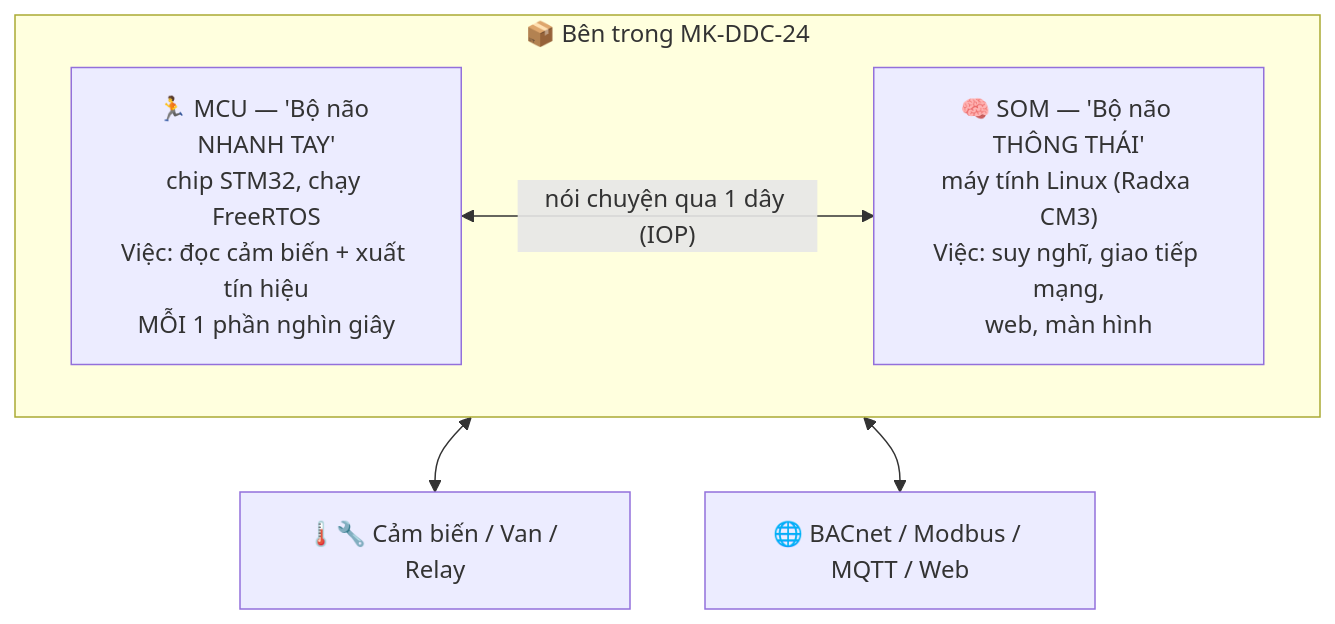
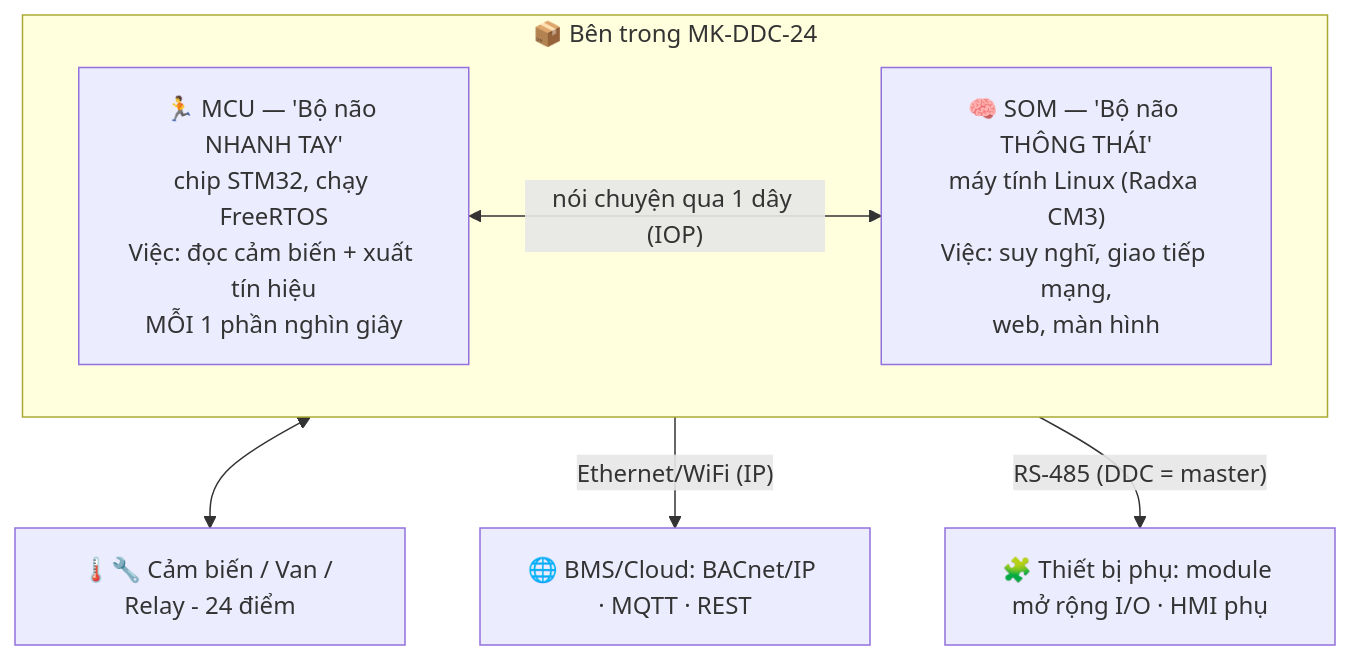
The second of 9 diagrams in docs/00_management/KX-DDC24-SYS-ARCH-001_VI.md (haizzdungnay/DDC24), drawn with Mermaid before and after one commit. The commit also changed other lines of this file and 25 other files, not shown here.

First line of the commit message:
arch: ARCH-R010 — northbound IP-only, southbound Modbus RTU master

````diff
--- a/docs/00_management/KX-DDC24-SYS-ARCH-001_VI.md
+++ b/docs/00_management/KX-DDC24-SYS-ARCH-001_VI.md
@@ -90,11 +92,12 @@
 ```mermaid
 graph TB
   subgraph BOX[📦 Bên trong MK-DDC-24]
     direction LR
     MCU["🏃 MCU — 'Bộ não NHANH TAY'<br/>chip STM32, chạy FreeRTOS<br/>Việc: đọc cảm biến + xuất tín hiệu<br/>MỖI 1 phần nghìn giây"]
     SOM["🧠 SOM — 'Bộ não THÔNG THÁI'<br/>máy tính Linux (Radxa CM3)<br/>Việc: suy nghĩ, giao tiếp mạng,<br/>web, màn hình"]
     MCU <-->|"nói chuyện qua 1 dây (IOP)"| SOM
   end
-  MCU <--> FIELD[🌡️🔧 Cảm biến / Van / Relay]
-  SOM <--> NET[🌐 BACnet / Modbus / MQTT / Web]
+  MCU <--> FIELD[🌡️🔧 Cảm biến / Van / Relay - 24 điểm]
+  SOM -->|"Ethernet/WiFi (IP)"| NET[🌐 BMS/Cloud: BACnet/IP · MQTT · REST]
+  SOM -->|"RS-485 (DDC = master)"| EXT[🧩 Thiết bị phụ: module mở rộng I/O · HMI phụ]
 ```
````
